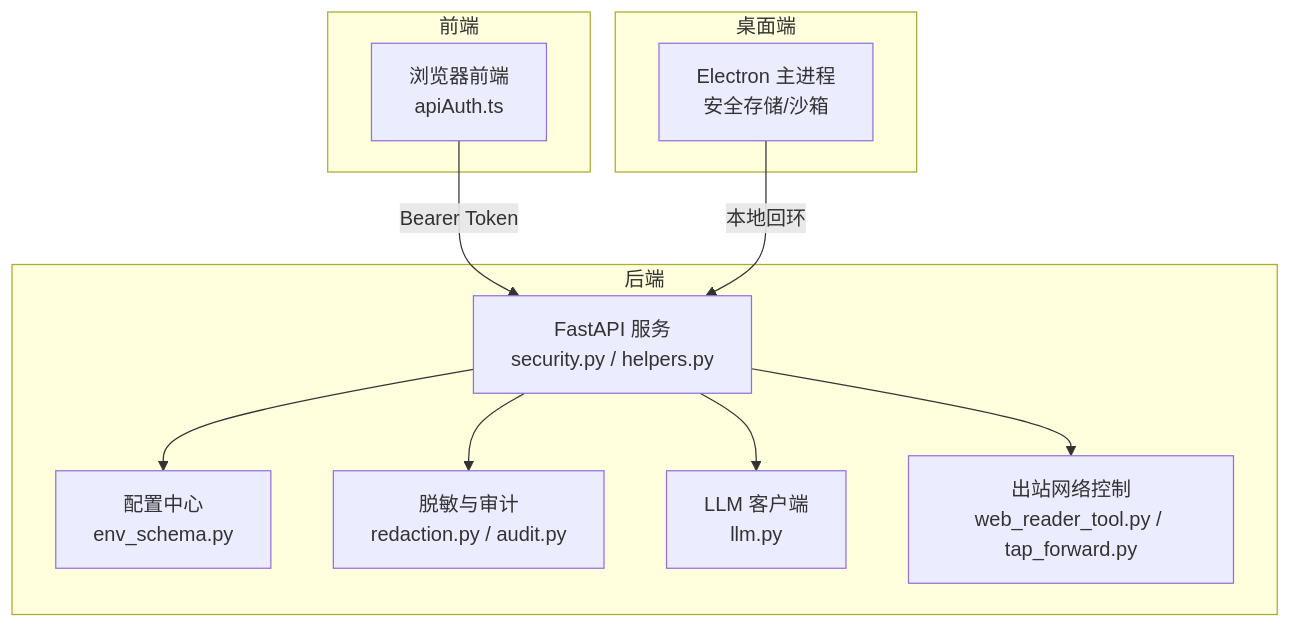
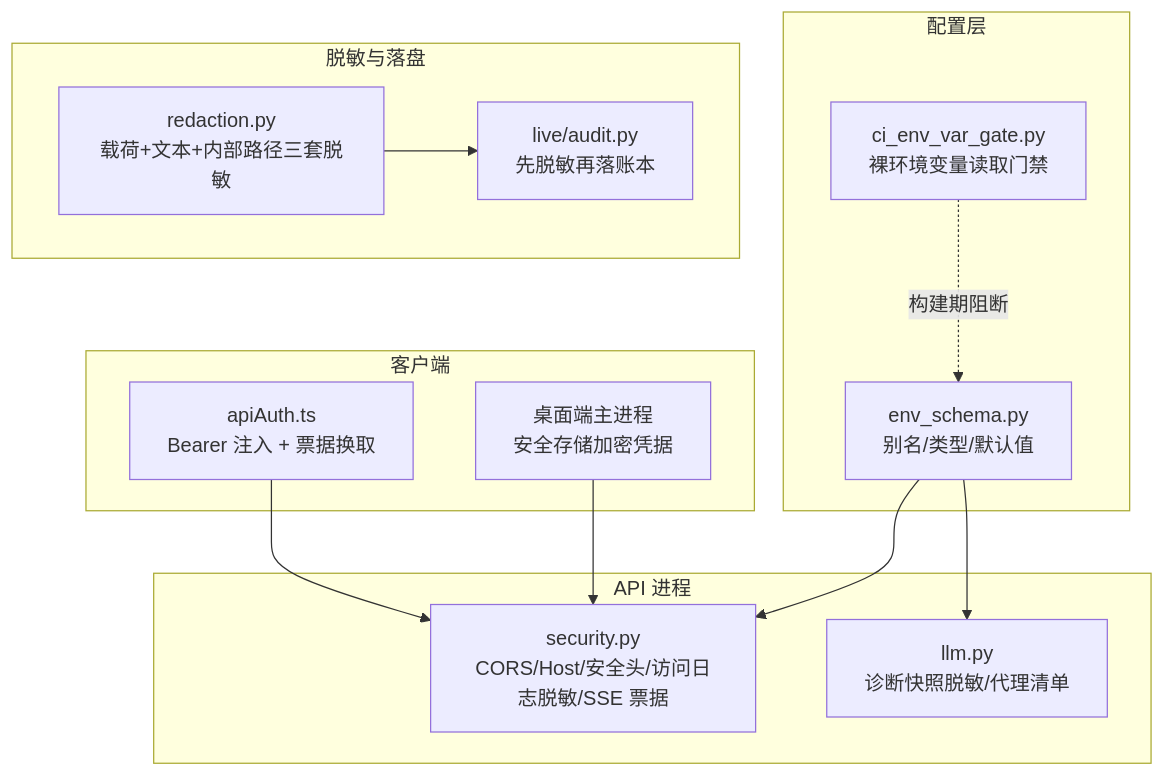
Before and after one commit to hjfire/vibe-trading-fw: the first of 5 diagrams in repowiki/topics/安全与治理/数据安全.md, drawn with Mermaid. The commit also changed other lines of this file and 5 other files, not shown here.

````diff
--- a/repowiki/topics/安全与治理/数据安全.md
+++ b/repowiki/topics/安全与治理/数据安全.md
@@ -61,22 +61,25 @@
 ```mermaid
 graph TB
-subgraph "前端"
-FE["浏览器前端<br/>apiAuth.ts"]
+subgraph "配置层"
+CFG["env_schema.py<br/>别名/类型/默认值"]
+GATE["ci_env_var_gate.py<br/>裸环境变量读取门禁"]
 end
-subgraph "桌面端"
-EL["Electron 主进程<br/>安全存储/沙箱"]
+subgraph "API 进程"
+SEC["security.py<br/>CORS/Host/安全头/访问日志脱敏/SSE 票据"]
+LLM["llm.py<br/>诊断快照脱敏/代理清单"]
 end
-subgraph "后端"
-API["FastAPI 服务<br/>security.py / helpers.py"]
-CFG["配置中心<br/>env_schema.py"]
-RED["脱敏与审计<br/>redaction.py / audit.py"]
-LLM["LLM 客户端<br/>llm.py"]
-NET["出站网络控制<br/>web_reader_tool.py / tap_forward.py"]
+subgraph "脱敏与落盘"
+RED["redaction.py<br/>载荷+文本+内部路径三套脱敏"]
+AUD["live/audit.py<br/>先脱敏再落账本"]
 end
-FE --> |Bearer Token| API
-EL --> |本地回环| API
-API --> CFG
-API --> RED
-API --> LLM
-API --> NET
+subgraph "客户端"
+FE["apiAuth.ts<br/>Bearer 注入 + 票据换取"]
+EL["桌面端主进程<br/>安全存储加密凭据"]
+end
+GATE -. 构建期阻断 .-> CFG
+CFG --> SEC
+CFG --> LLM
+RED --> AUD
+FE --> SEC
+EL --> SEC
 ```
````
